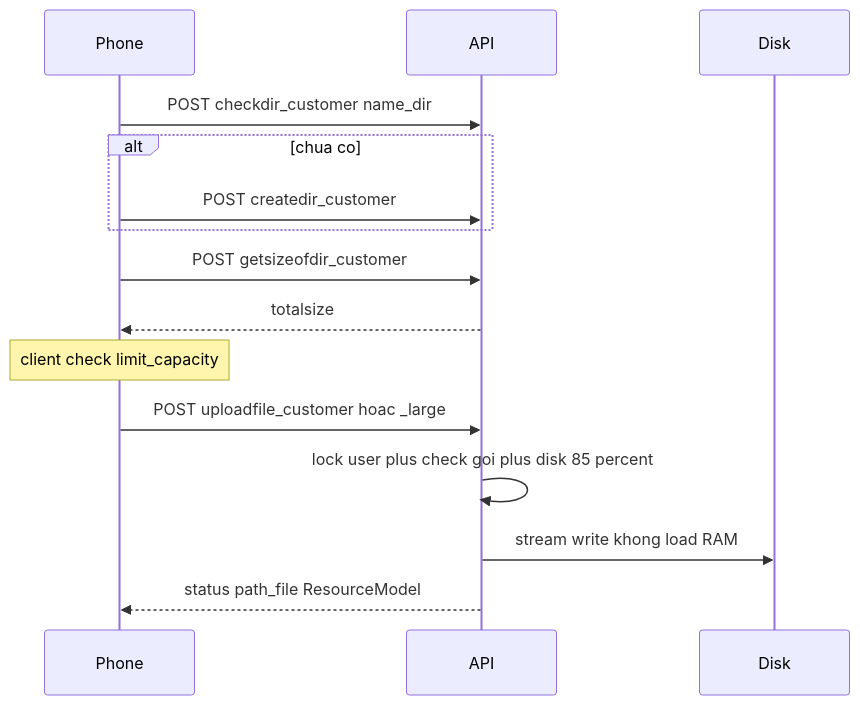
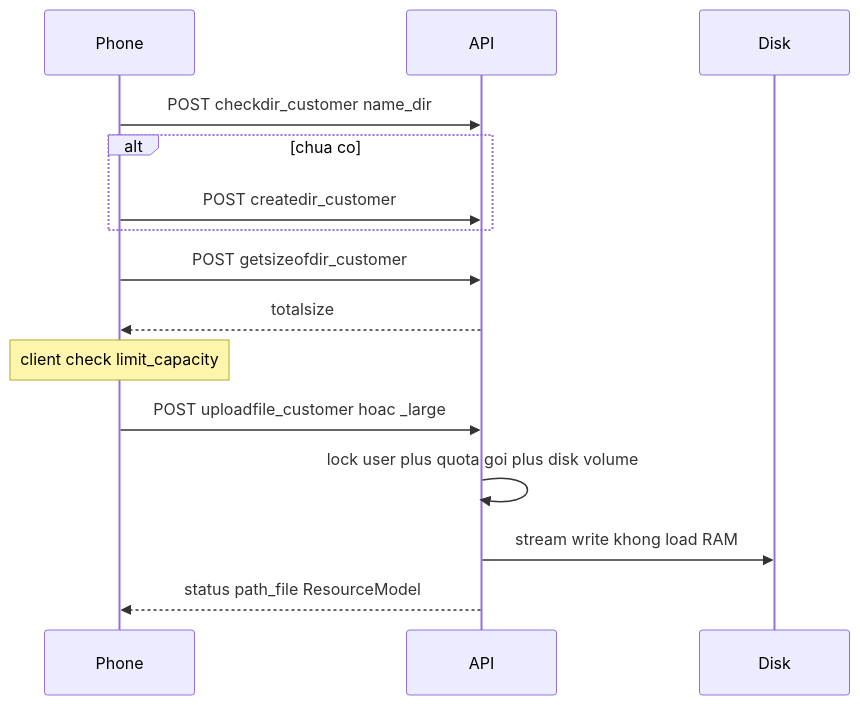
Before and after one commit to anhtientram/tsscreen_be: the eighth of 9 diagrams in .agents/workflows/phases.md, drawn with Mermaid. The commit also changed other lines of this file and 25 other files, not shown here.

````diff
--- a/.agents/workflows/phases.md
+++ b/.agents/workflows/phases.md
@@ -267,18 +267,18 @@
 ```mermaid
 sequenceDiagram
   participant Phone
   participant API
   participant Disk
 
   Phone->>API: POST checkdir_customer name_dir
   alt chua co
     Phone->>API: POST createdir_customer
   end
   Phone->>API: POST getsizeofdir_customer
   API-->>Phone: totalsize
   Note over Phone: client check limit_capacity
   Phone->>API: POST uploadfile_customer hoac _large
-  API->>API: lock user plus check goi plus disk 85 percent
+  API->>API: lock user plus quota goi plus disk volume
   API->>Disk: stream write khong load RAM
   API-->>Phone: status path_file ResourceModel
 ```
````
